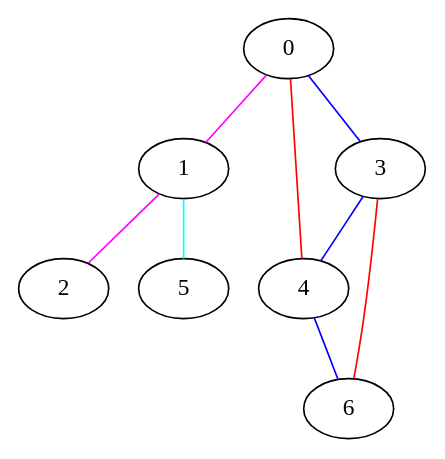
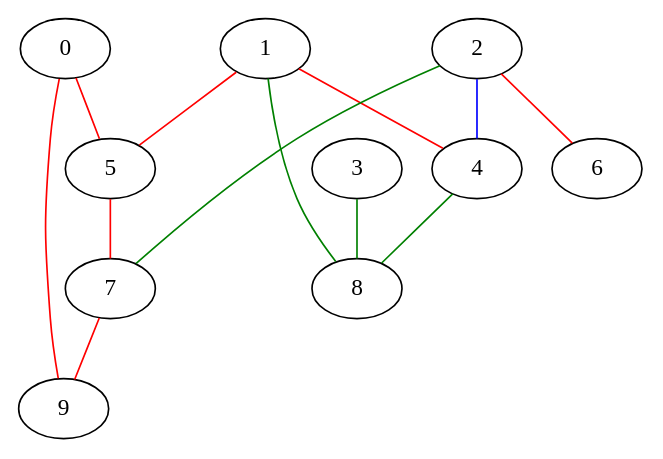
The diagram in src/erdos_renyi.dot (lrodrin/TFG), drawn with Graphviz before and after one commit. The commit also changed 1 other file, not shown here.

```diff
--- a/src/erdos_renyi.dot
+++ b/src/erdos_renyi.dot
@@ -1,17 +1,24 @@
-strict graph "gnp_random_graph(7,0.3)" {
+strict graph "gnp_random_graph(10,0.3)" {
 0;
 1;
 2;
 3;
 4;
 5;
 6;
-0 -- 1  [color=magenta];
-0 -- 3  [color=blue];
-0 -- 4  [color=red];
-1 -- 2  [color=magenta];
-1 -- 5  [color=cyan];
-3 -- 4  [color=blue];
-3 -- 6  [color=red];
-4 -- 6  [color=blue];
+7;
+8;
+9;
+0 -- 9  [color=red];
+0 -- 5  [color=red];
+1 -- 8  [color=green];
+1 -- 4  [color=red];
+1 -- 5  [color=red];
+2 -- 4  [color=blue];
+2 -- 6  [color=red];
+2 -- 7  [color=green];
+3 -- 8  [color=green];
+4 -- 8  [color=green];
+5 -- 7  [color=red];
+7 -- 9  [color=red];
 }
```
